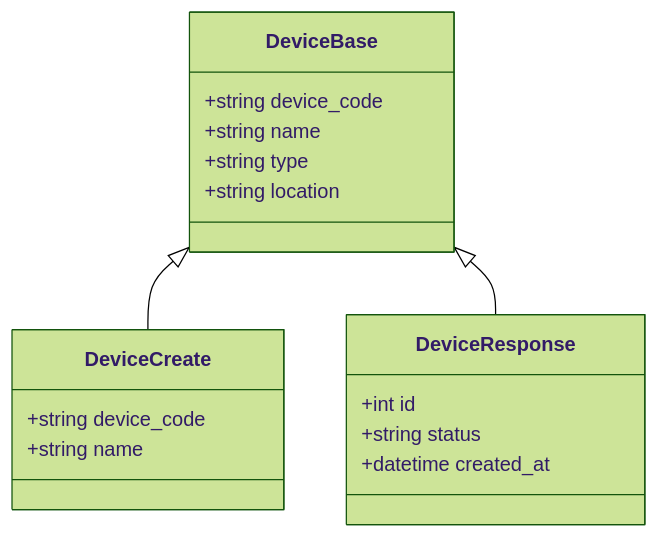
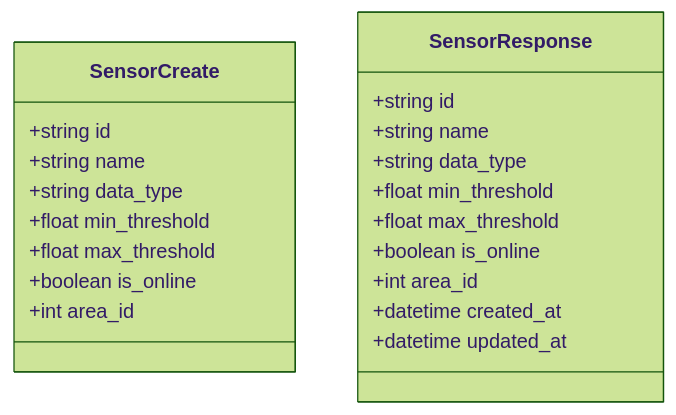
The second of 2 diagrams in docs/tech-docs/UML/class/README.md (giivari/isurf_project_2026_clone), drawn with Mermaid (forest theme) before and after one commit. The commit also changed other lines of this file, not shown here.

Commit message:
Update UML class diagram documentation to match codebase

````diff
--- a/docs/tech-docs/UML/class/README.md
+++ b/docs/tech-docs/UML/class/README.md
@@ -168,23 +189,24 @@
 ```mermaid
 classDiagram
-    class DeviceBase {
-        +string device_code
+    class SensorCreate {
+        +string id
         +string name
-        +string type
-        +string location
+        +string data_type
+        +float min_threshold
+        +float max_threshold
+        +boolean is_online
+        +int area_id
     }
 
-    class DeviceCreate {
-        +string device_code
+    class SensorResponse {
+        +string id
         +string name
+        +string data_type
+        +float min_threshold
+        +float max_threshold
+        +boolean is_online
+        +int area_id
+        +datetime created_at
+        +datetime updated_at
     }
-
-    class DeviceResponse {
-        +int id
-        +string status
-        +datetime created_at
-    }
-
-    DeviceBase <|-- DeviceCreate
-    DeviceBase <|-- DeviceResponse
 ```
````
